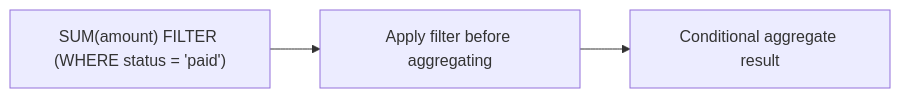
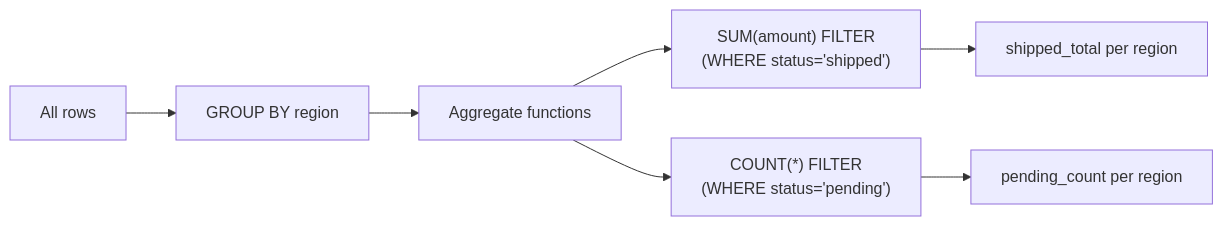
Before and after one commit to mahfooziiitian/spark-batch: the diagram in spark-sql/docs/filter/agg_filter/index.md, drawn with Mermaid. The commit also changed other lines of this file and 312 other files, not shown here.

````diff
--- a/spark-sql/docs/filter/agg_filter/index.md
+++ b/spark-sql/docs/filter/agg_filter/index.md
@@ -9,5 +27,9 @@
 ```mermaid
-graph LR
-    A["SUM(amount) FILTER (WHERE status = 'paid')"] --> B[Apply filter before aggregating]
-    B --> C[Conditional aggregate result]
+flowchart LR
+    D[All rows] --> GB[GROUP BY region]
+    GB --> AGG[Aggregate functions]
+    AGG --> F1["SUM(amount) FILTER\n(WHERE status='shipped')"]
+    AGG --> F2["COUNT(*) FILTER\n(WHERE status='pending')"]
+    F1 --> R1[shipped_total per region]
+    F2 --> R2[pending_count per region]
 ```
````
